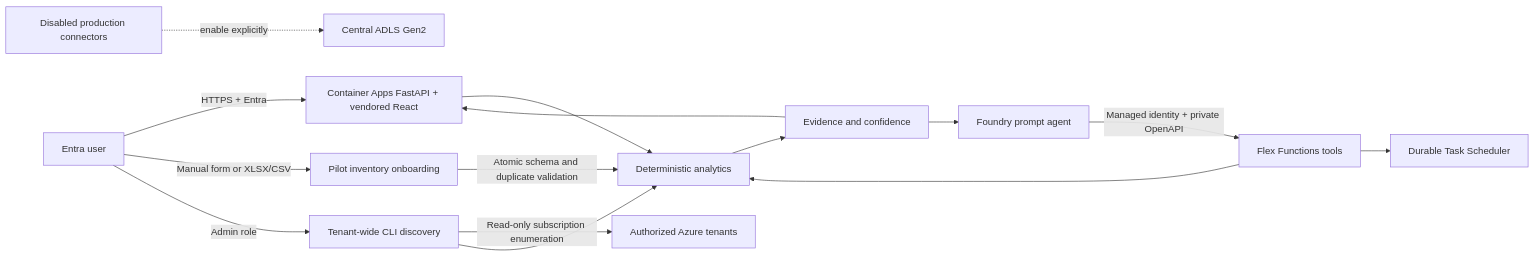
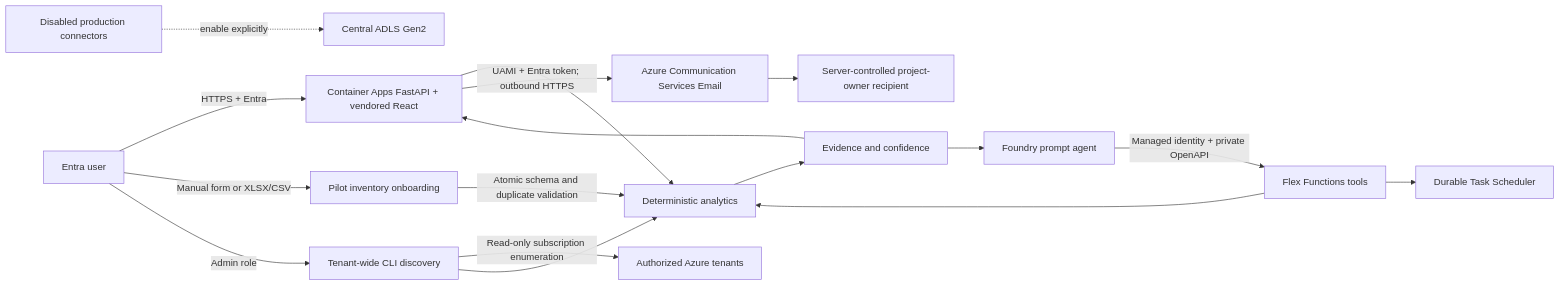
One commit to avidunixuser/Storage-Intelligence-MCP changed the second of 2 diagrams in docs/ARCHITECTURE.md. Above: the diagram before and after it, drawn with Mermaid. The commit also changed other lines of this file and 14 other files, not shown here.

First line of the commit message:
Add project owner email notifications

````diff
--- a/docs/ARCHITECTURE.md
+++ b/docs/ARCHITECTURE.md
@@ -43,17 +43,19 @@
 ```mermaid
 flowchart LR
   U[Entra user] -->|HTTPS + Entra| W[Container Apps FastAPI + vendored React]
   W --> A[Deterministic analytics]
   F[Foundry prompt agent] -->|Managed identity + private OpenAPI| T[Flex Functions tools]
   T --> A
   T --> D[Durable Task Scheduler]
   C[Disabled production connectors] -. enable explicitly .-> L[Central ADLS Gen2]
   A --> E[Evidence and confidence]
   E --> W
   E --> F
+  W -->|UAMI + Entra token; outbound HTTPS| M[Azure Communication Services Email]
+  M --> R[Server-controlled project-owner recipient]
   U -->|Manual form or XLSX/CSV| O[Pilot inventory onboarding]
   O -->|Atomic schema and duplicate validation| A
   U -->|Admin role| X[Tenant-wide CLI discovery]
   X -->|Read-only subscription enumeration| Z[Authorized Azure tenants]
   X --> A
 ```
````
